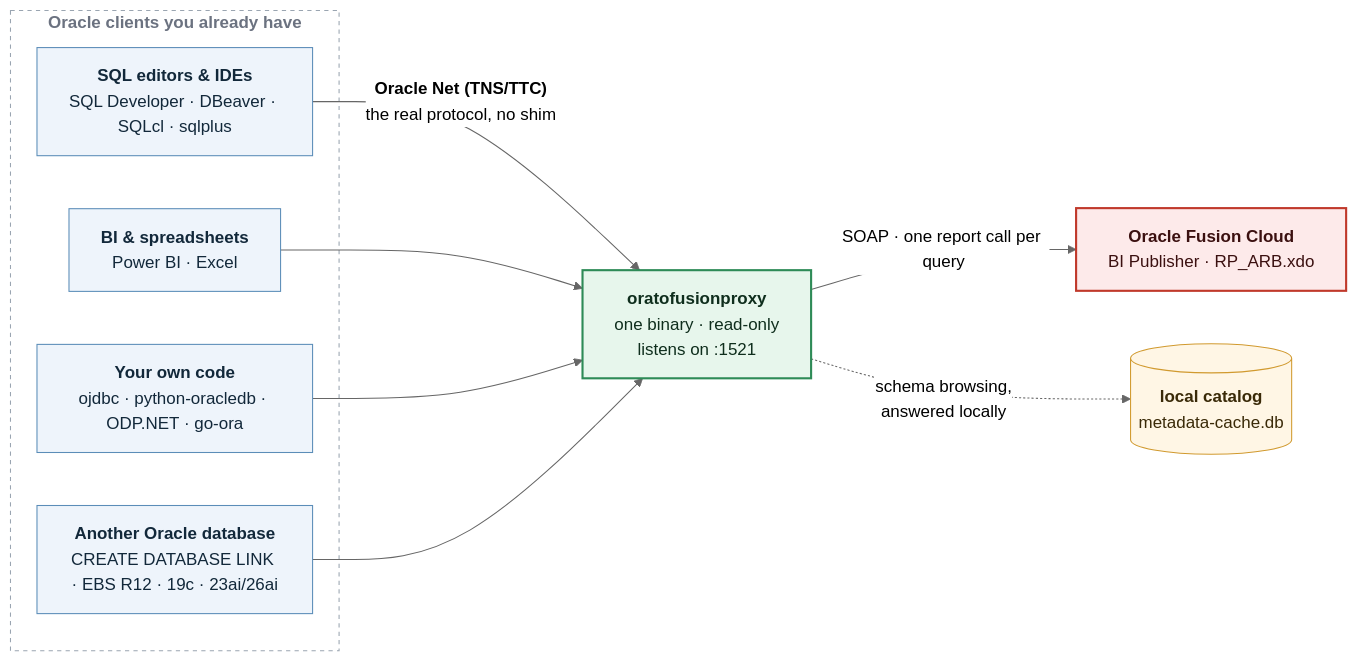
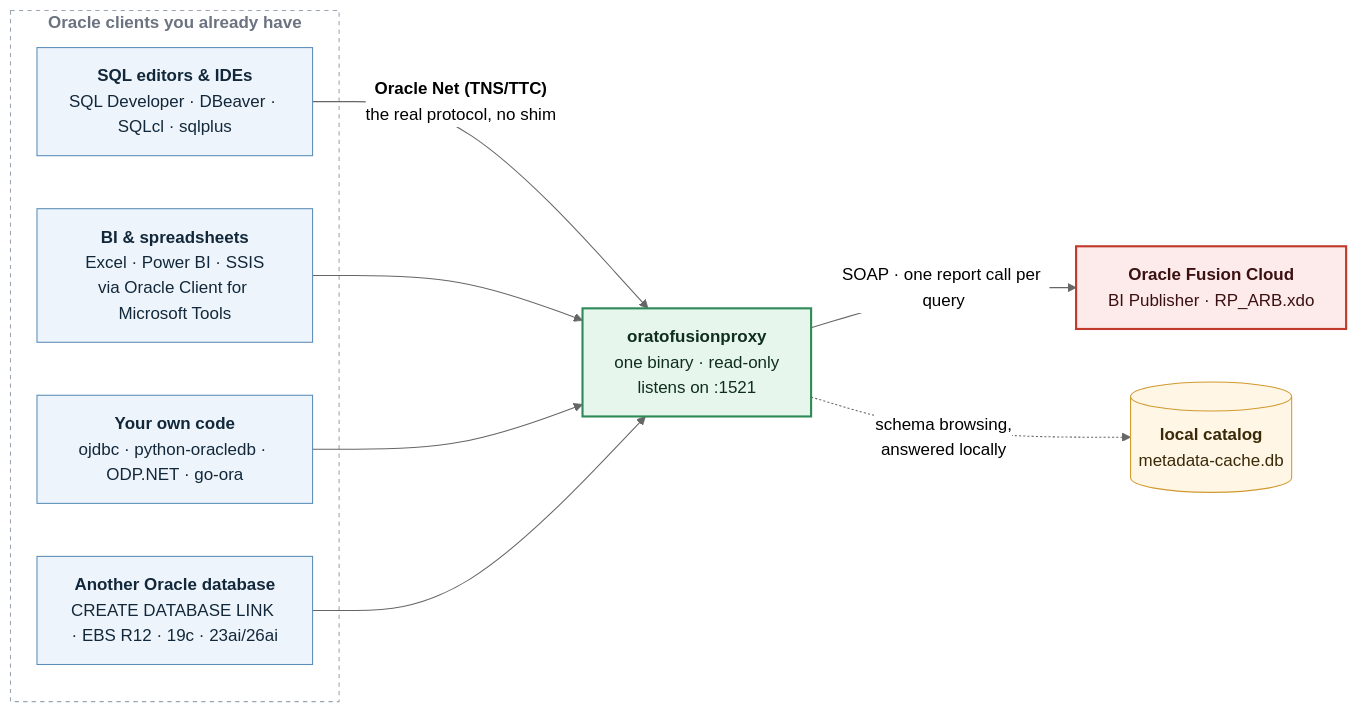
Before and after one commit to krokozyab/ofpgproxy: the diagram in README.md, drawn with Mermaid (neutral theme). The commit also changed other lines of this file and 4 other files, not shown here.

````diff
--- a/README.md
+++ b/README.md
@@ -33,26 +34,26 @@
 ```mermaid
 flowchart LR
     subgraph L["<b>Oracle clients you already have</b>"]
         A["<b>SQL editors &amp; IDEs</b><br/>SQL Developer · DBeaver · SQLcl · sqlplus"]
-        B["<b>BI &amp; spreadsheets</b><br/>Power BI · Excel"]
+        B["<b>BI &amp; spreadsheets</b><br/>Excel · Power BI · SSIS<br/>via Oracle Client for Microsoft Tools"]
         C["<b>Your own code</b><br/>ojdbc · python-oracledb · ODP.NET · go-ora"]
         D["<b>Another Oracle database</b><br/>CREATE DATABASE LINK · EBS R12 · 19c · 23ai/26ai"]
     end
 
     A -->|"<b>Oracle Net (TNS/TTC)</b><br/>the real protocol, no shim"| P["<b>oratofusionproxy</b><br/>one binary · read-only<br/>listens on :1521"]
     B --> P
     C --> P
     D --> P
     P -->|"SOAP · one report call per query"| F["<b>Oracle Fusion Cloud</b><br/>BI Publisher · RP_ARB.xdo"]
     P -.->|"schema browsing,<br/>answered locally"| M[("<b>local catalog</b><br/>metadata-cache.db")]
 
     classDef client fill:#eef4fb,stroke:#5b8db8,stroke-width:1px,color:#12283a
     classDef proxy  fill:#e7f6ec,stroke:#2e8b57,stroke-width:2px,color:#0f2e1d
     classDef store  fill:#fff6e5,stroke:#d19a2f,stroke-width:1px,color:#3a2a08
     classDef cloud  fill:#fdeaea,stroke:#c0392b,stroke-width:2px,color:#3b1010
     class A,B,C,D client
     class P proxy
     class M store
     class F cloud
     style L fill:none,stroke:#9aa5b1,stroke-dasharray:4 4,color:#6b7280
 ```
````
